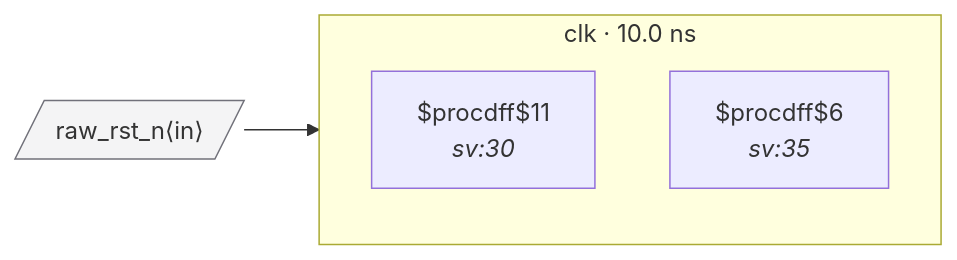
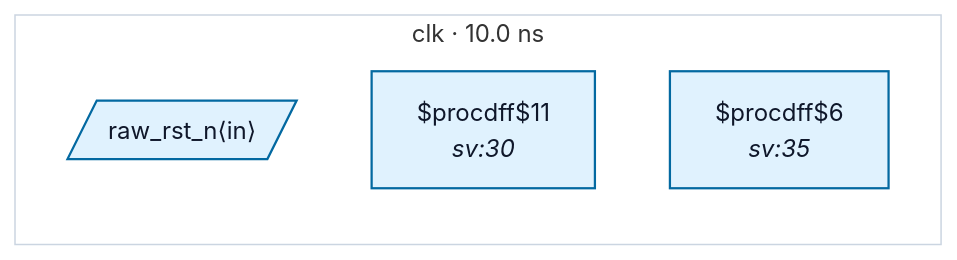
The diagram in tests/fixtures/bad_rdc_002_polarity_mismatch/README.md (rtl-buddy/rtl-buddy-cdc), drawn with Mermaid before and after one commit. The commit also changed 71 other files, not shown here.

````diff
--- a/tests/fixtures/bad_rdc_002_polarity_mismatch/README.md
+++ b/tests/fixtures/bad_rdc_002_polarity_mismatch/README.md
@@ -27,12 +27,14 @@
 ```mermaid
 %% bad_rdc_002_polarity_mismatch — generated by rtl-buddy-cdc render
 flowchart LR
   subgraph clk_clk["clk · 10.0 ns"]
     direction TB
-    f_e73b549a["$procdff$11<br/><i>sv:30</i>"]
-    f_5138422d["$procdff$6<br/><i>sv:35</i>"]
+    p_in_raw_rst_n[/"raw_rst_n⟨in⟩"/]:::ckcls_clk
+    f_e73b549a["$procdff$11<br/><i>sv:30</i>"]:::ckcls_clk
+    f_5138422d["$procdff$6<br/><i>sv:35</i>"]:::ckcls_clk
   end
-  p_in_raw_rst_n[/"raw_rst_n⟨in⟩"/]:::port
-  p_in_raw_rst_n --> f_e73b549a
-  classDef port fill:#f4f4f5,stroke:#71717a
+  style clk_clk fill:none,stroke:#cbd5e1
+  classDef ckcls_clk fill:#e0f2fe,stroke:#0369a1,stroke-width:1.5px,color:#0f172a
+  classDef port_unassigned fill:#f4f4f5,stroke:#71717a,color:#0f172a
+  classDef ckcls_legend_neutral fill:#ffffff,stroke:#cbd5e1,stroke-width:1px,color:#0f172a
 ```
````
